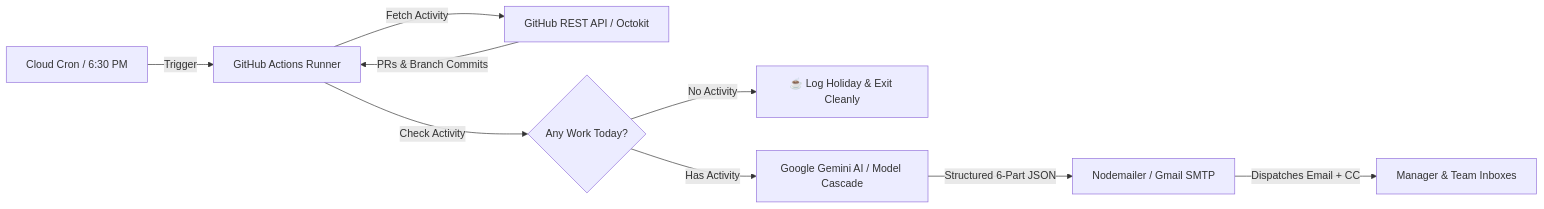
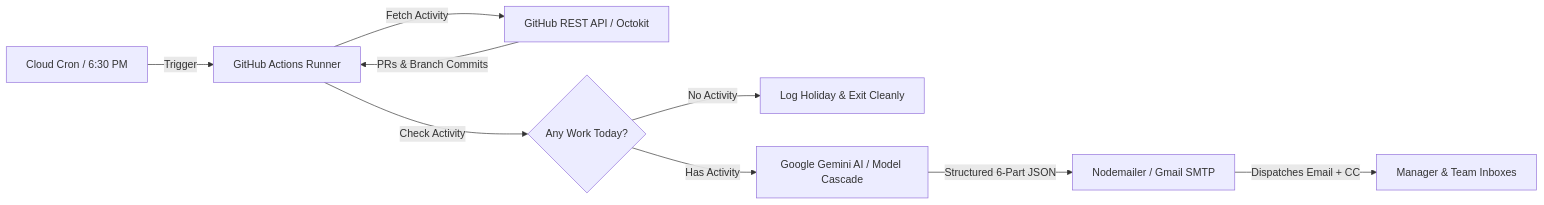
Before and after one commit to ashwanisingh011/Email-Bot: the diagram in README.md, drawn with Mermaid. The commit also changed other lines of this file and 2 other files, not shown here.

````diff
--- a/README.md
+++ b/README.md
@@ -34,11 +34,11 @@
 ```mermaid
 flowchart LR
     A[Cloud Cron / 6:30 PM] -->|Trigger| B[GitHub Actions Runner]
     B -->|Fetch Activity| C[GitHub REST API / Octokit]
     C -->|PRs & Branch Commits| B
     B -->|Check Activity| D{Any Work Today?}
-    D -- No Activity --> E[☕ Log Holiday & Exit Cleanly]
+    D -- No Activity --> E[Log Holiday & Exit Cleanly]
     D -- Has Activity --> F[Google Gemini AI / Model Cascade]
     F -->|Structured 6-Part JSON| G[Nodemailer / Gmail SMTP]
     G -->|Dispatches Email + CC| H[Manager & Team Inboxes]
 ```
````
